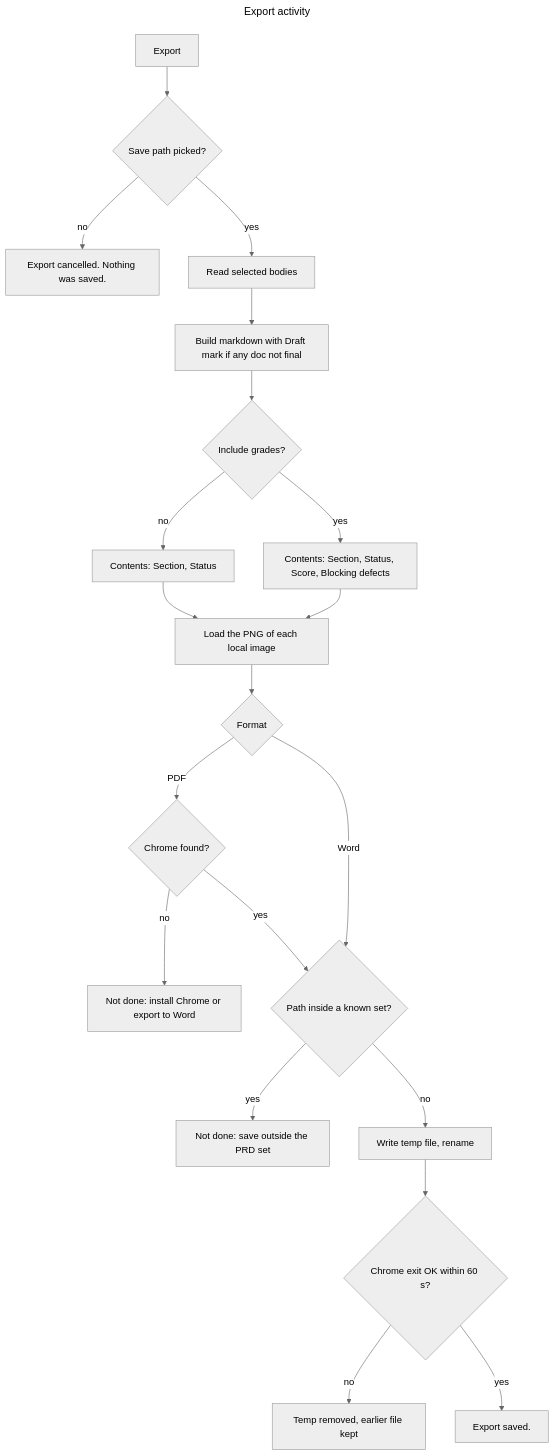
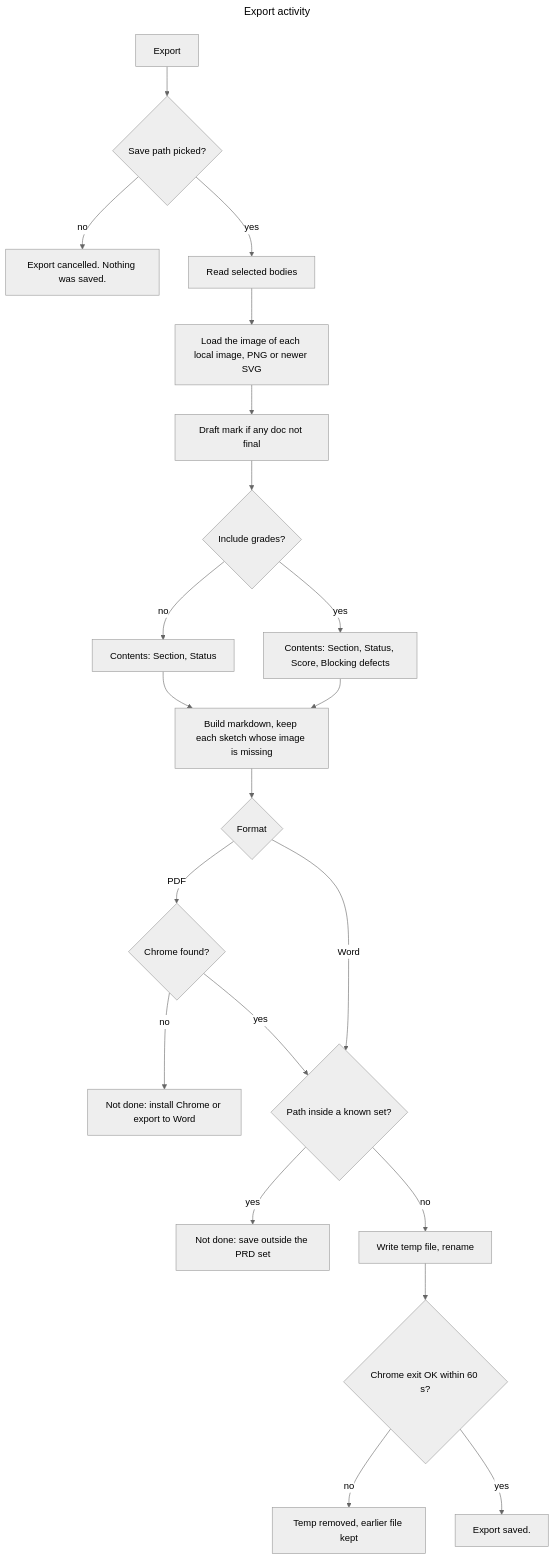
Before and after one commit to SpillwaveSolutions/prd-forge-viewer: diagram 13 of 19 in docs/designs/current_design_doc.md, drawn with Mermaid (neutral theme). The commit also changed other lines of this file and 8 other files, not shown here.

````diff
--- a/docs/designs/current_design_doc.md
+++ b/docs/designs/current_design_doc.md
@@ -645,25 +660,26 @@
 ```mermaid
 ---
 title: Export activity
 ---
 flowchart TD
     a[Export] --> b{Save path picked?}
     b -->|no| c[Export cancelled. Nothing was saved.]
     b -->|yes| d[Read selected bodies]
-    d --> e[Build markdown with Draft mark if any doc not final]
+    d --> d2[Load the image of each local image, PNG or newer SVG]
+    d2 --> e[Draft mark if any doc not final]
     e --> e2{Include grades?}
     e2 -->|no| e3[Contents: Section, Status]
     e2 -->|yes| e4[Contents: Section, Status, Score, Blocking defects]
-    e3 --> e5[Load the PNG of each local image]
+    e3 --> e5[Build markdown, keep each sketch whose image is missing]
     e4 --> e5
     e5 --> f{Format}
     f -->|PDF| g{Chrome found?}
     g -->|no| h[Not done: install Chrome or export to Word]
     g -->|yes| i{Path inside a known set?}
     f -->|Word| i
     i -->|yes| j[Not done: save outside the PRD set]
     i -->|no| k[Write temp file, rename]
     k --> l{Chrome exit OK within 60 s?}
     l -->|no| m[Temp removed, earlier file kept]
     l -->|yes| n[Export saved.]
 ```
````
